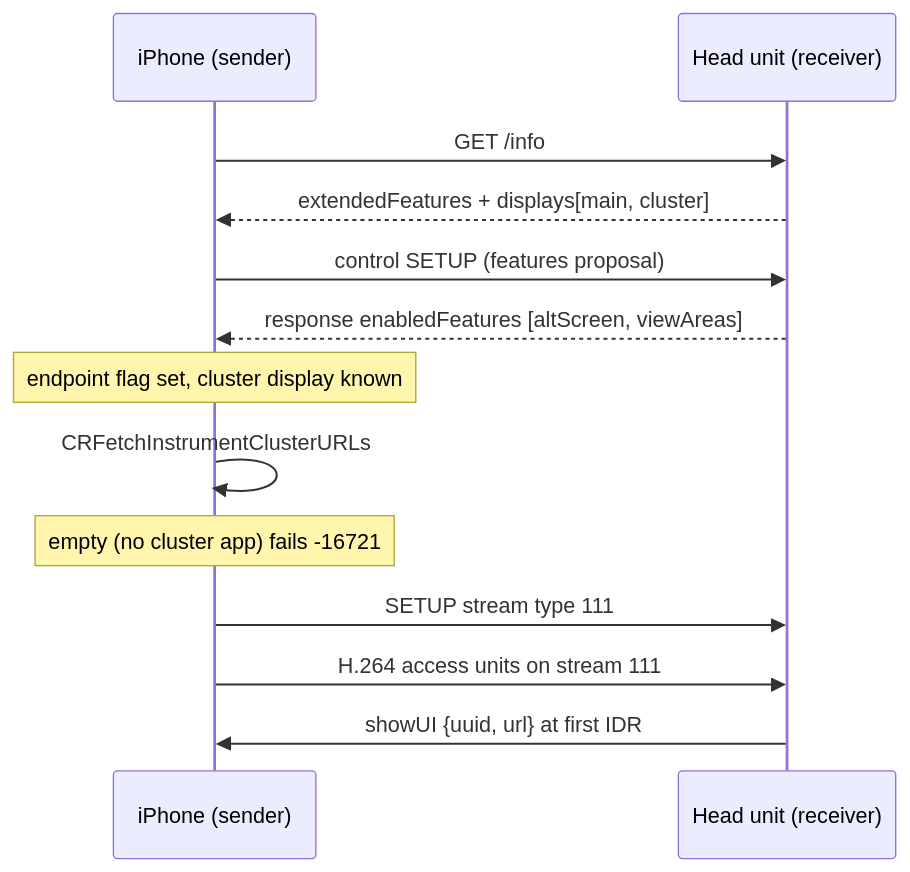
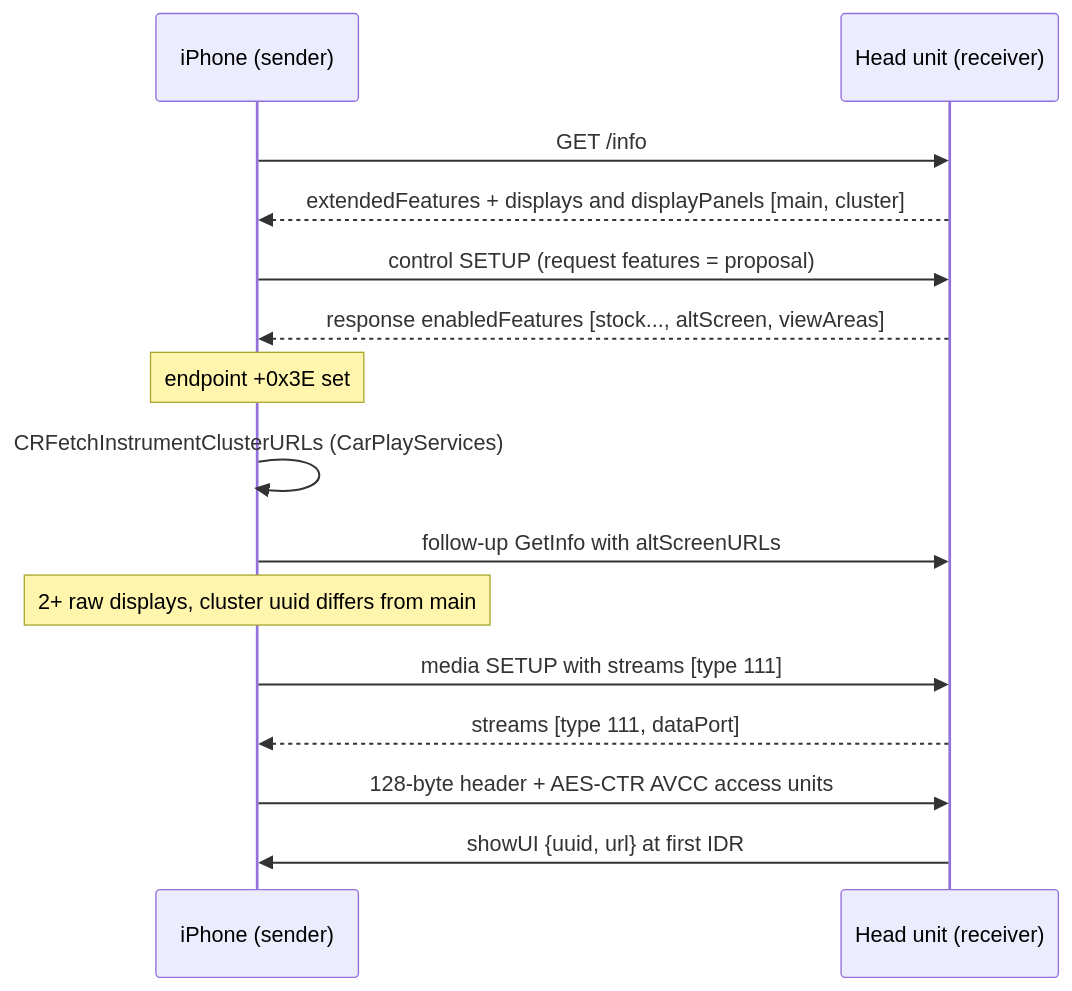
The diagram in docs-obsidian/AltScreen and Video/AltScreen Cluster Video.md (luka-dev/mib2q-carplay-rgi), drawn with Mermaid before and after one commit. The commit also changed other lines of this file and 88 other files, not shown here.

````diff
--- a/docs-obsidian/AltScreen and Video/AltScreen Cluster Video.md
+++ b/docs-obsidian/AltScreen and Video/AltScreen Cluster Video.md
@@ -17,17 +19,19 @@
 ```mermaid
 sequenceDiagram
   accTitle: altScreen handshake and stream 111 setup
-  accDescr: The phone reads the info advert, negotiates altScreen in the control SETUP response, sets up stream 111, and the head unit then selects the cluster scene with showUI at the first IDR.
+  accDescr: The phone reads the info advert, negotiates altScreen in the control SETUP response, fetches cluster URLs locally, sends them in a follow-up info request, sets up stream 111, and the head unit selects the cluster scene with showUI at the first IDR.
   participant P as iPhone (sender)
   participant H as Head unit (receiver)
   P->>H: GET /info
-  H-->>P: extendedFeatures + displays[main, cluster]
-  P->>H: control SETUP (features proposal)
-  H-->>P: response enabledFeatures [altScreen, viewAreas]
-  Note over P: endpoint flag set, cluster display known
-  P->>P: CRFetchInstrumentClusterURLs
-  Note over P: empty (no cluster app) fails -16721
-  P->>H: SETUP stream type 111
-  P->>H: H.264 access units on stream 111
+  H-->>P: extendedFeatures + displays and displayPanels [main, cluster]
+  P->>H: control SETUP (request features = proposal)
+  H-->>P: response enabledFeatures [stock..., altScreen, viewAreas]
+  Note over P: endpoint +0x3E set
+  P->>P: CRFetchInstrumentClusterURLs (CarPlayServices)
+  P->>H: follow-up GetInfo with altScreenURLs
+  Note over P: 2+ raw displays, cluster uuid differs from main
+  P->>H: media SETUP with streams [type 111]
+  H-->>P: streams [type 111, dataPort]
+  P->>H: 128-byte header + AES-CTR AVCC access units
   H->>P: showUI {uuid, url} at first IDR
 ```
````
